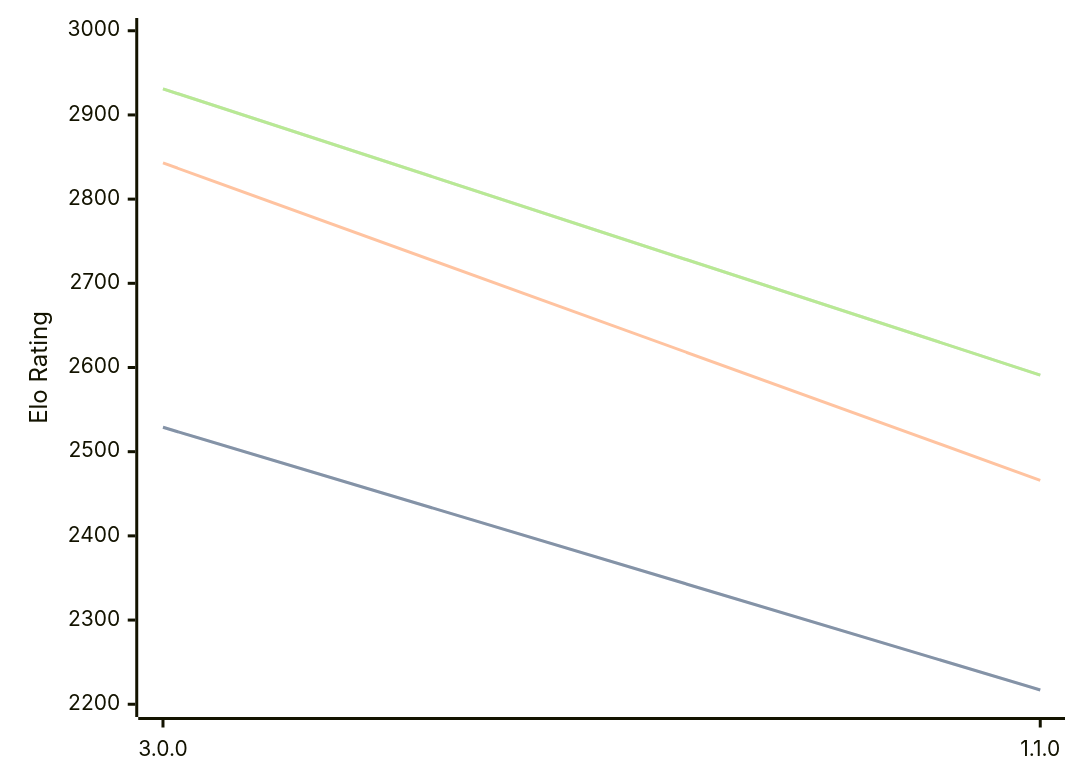
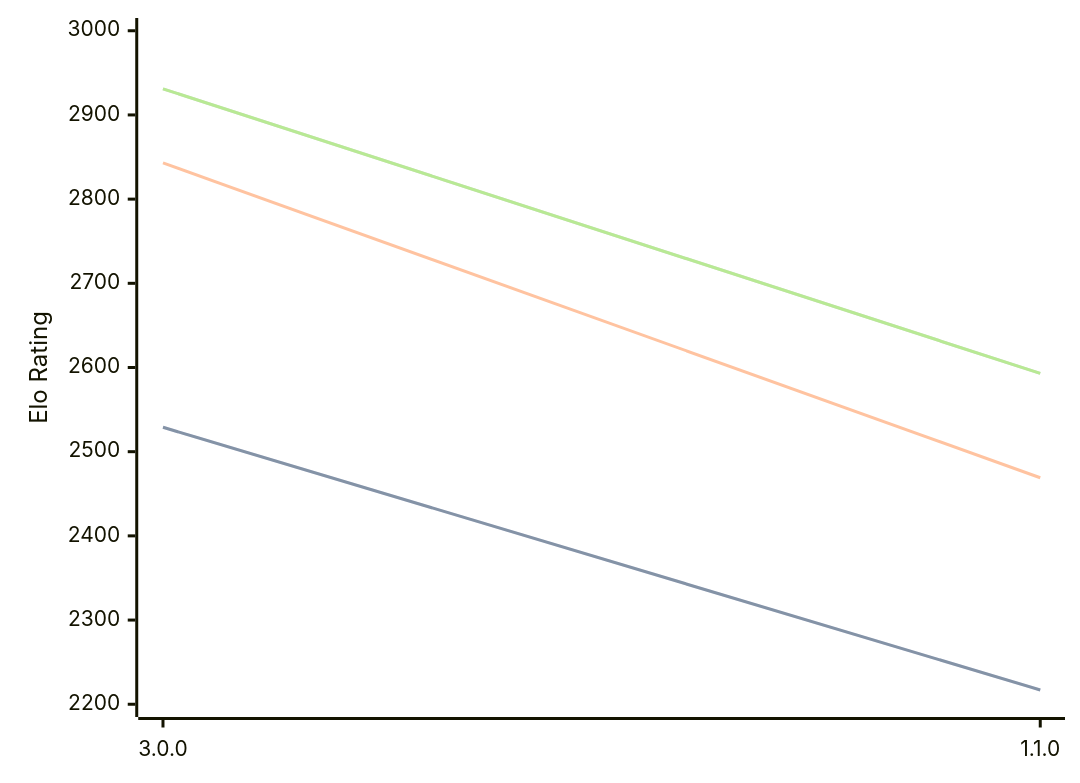
Before and after one commit to computer-chess-index/cci: the first of 3 diagrams in engines/Potential.md, drawn with Mermaid. The commit also changed other lines of this file, not shown here.

Commit message:
Update CCI Ratings (ELO VLTC) - 2026-06-21

````diff
--- a/engines/Potential.md
+++ b/engines/Potential.md
@@ -34,11 +34,11 @@
 ```mermaid
 %%{init: {"theme":"base","themeVariables":{"seriesColors:['#a3a3a3','#222221','#faa371']}}}%%
 xychart-beta
   x-axis ["3.0.0", "1.1.0"]
   y-axis "Elo Rating" 2200 --> 3000
   line "STC (8.0+0.08s)" [2529, 2217]
   line "STC (8.0+0.08s)" [2529, 2217]
-  line "LTC (60.0+0.60s)" [2843, 2466]
-  line "VLTC (2m24s+1.12s)" [2931, 2591]
-  line "VLTC (2m24s+1.12s)" [2931, 2591]
+  line "LTC (60.0+0.60s)" [2843, 2469]
+  line "VLTC (2m24s+1.12s)" [2931, 2593]
+  line "VLTC (2m24s+1.12s)" [2931, 2593]
 ```
````
